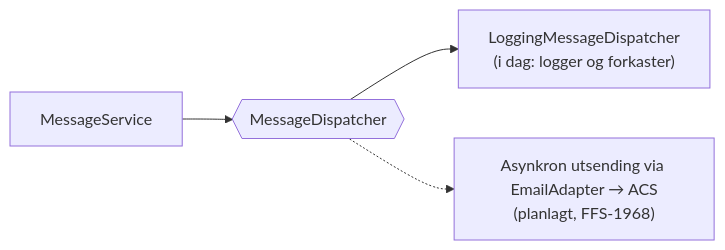
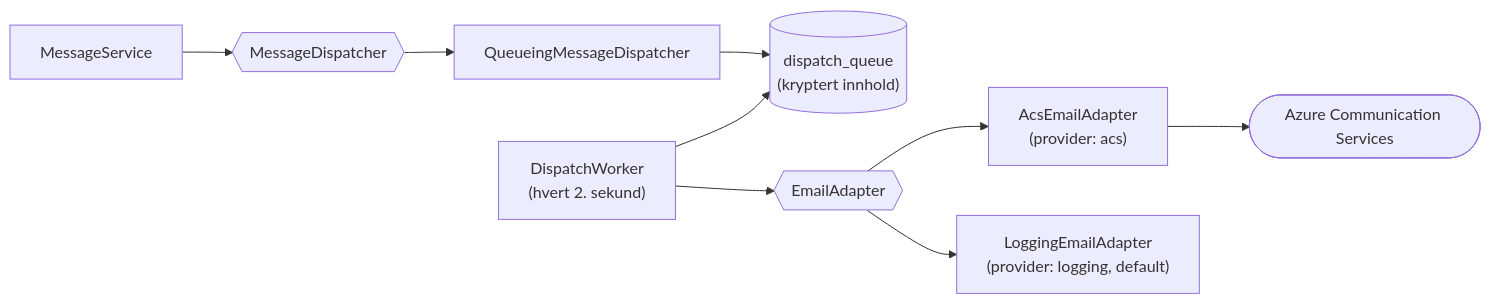
The eighth of 14 diagrams in docs/architecture.md (FINTLabs/fint-communication-service), drawn with Mermaid before and after one commit. The commit also changed other lines of this file and 39 other files, not shown here.

First line of the commit message:
feat: e-post via Azure Communication Services med utsendingskø

````diff
--- a/docs/architecture.md
+++ b/docs/architecture.md
@@ -461,6 +490,11 @@
 ```mermaid
 flowchart LR
     MS["MessageService"] --> port{{"MessageDispatcher"}}
-    port --> now["LoggingMessageDispatcher<br/>(i dag: logger og forkaster)"]
-    port -.-> next["Asynkron utsending via EmailAdapter → ACS<br/>(planlagt, FFS-1968)"]
+    port --> queue["QueueingMessageDispatcher"]
+    queue --> table[("dispatch_queue<br/>(kryptert innhold)")]
+    worker["DispatchWorker<br/>(hvert 2. sekund)"] --> table
+    worker --> adapter{{"EmailAdapter"}}
+    adapter --> acs["AcsEmailAdapter<br/>(provider: acs)"]
+    adapter --> log["LoggingEmailAdapter<br/>(provider: logging, default)"]
+    acs --> ext(["Azure Communication Services"])
 ```
````
